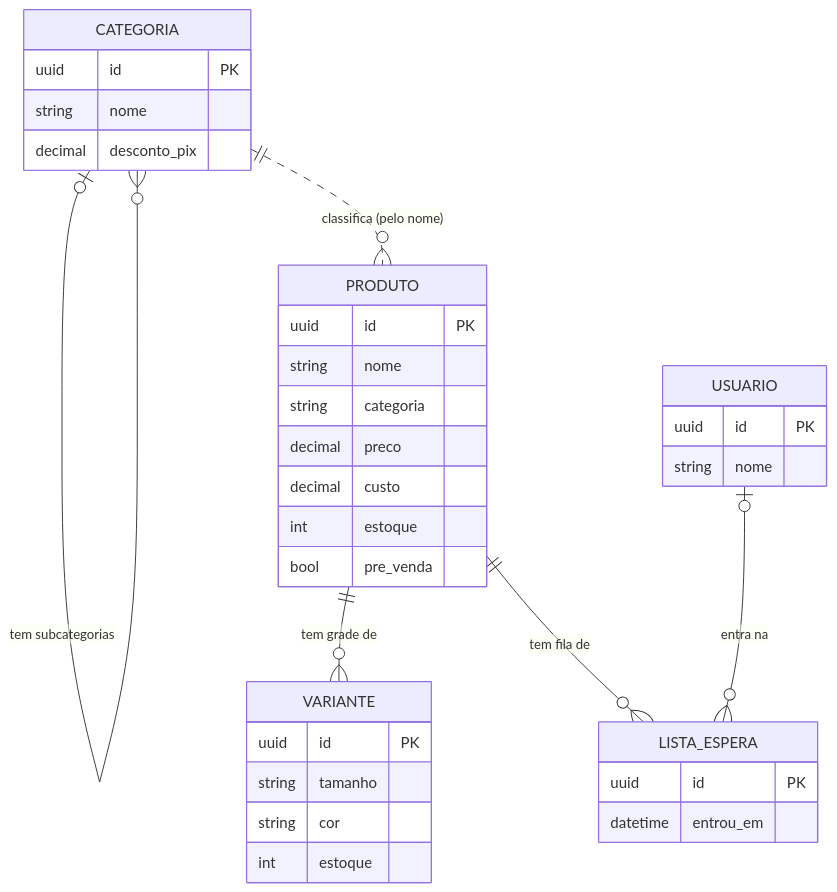
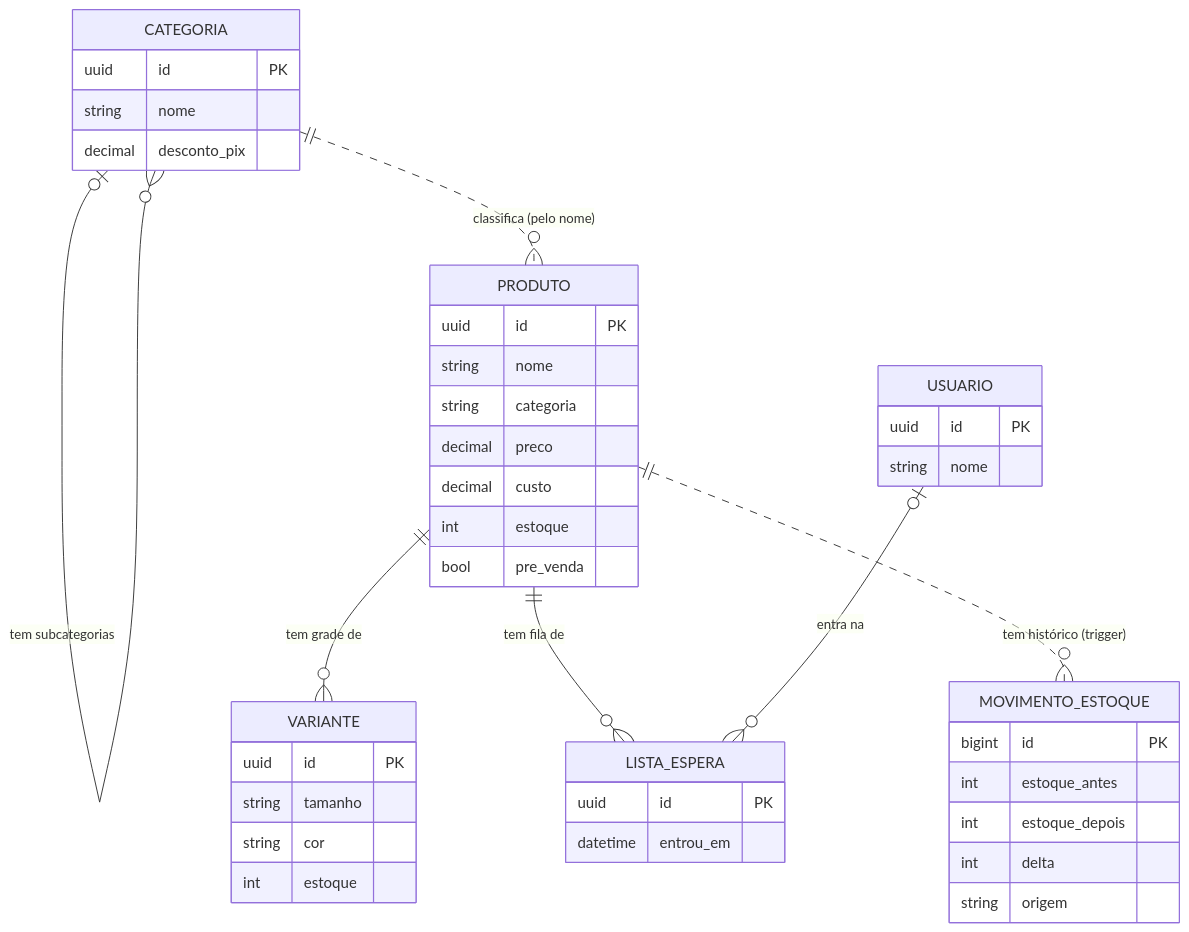
Before and after one commit to Taino-Edu/softNerd: the diagram in docs/pim/banco/mmd/mer-catalogo.mmd, drawn with Mermaid. The commit also changed 29 other files, not shown here.

```diff
--- a/docs/pim/banco/mmd/mer-catalogo.mmd
+++ b/docs/pim/banco/mmd/mer-catalogo.mmd
@@ -1,34 +1,42 @@
 erDiagram
   CATEGORIA |o--o{ CATEGORIA : "tem subcategorias"
   CATEGORIA ||..o{ PRODUTO : "classifica (pelo nome)"
   PRODUTO ||--o{ VARIANTE : "tem grade de"
   PRODUTO ||--o{ LISTA_ESPERA : "tem fila de"
+  PRODUTO ||..o{ MOVIMENTO_ESTOQUE : "tem histórico (trigger)"
   USUARIO |o--o{ LISTA_ESPERA : "entra na"
   CATEGORIA {
     uuid id PK
     string nome
     decimal desconto_pix
+  }
+  MOVIMENTO_ESTOQUE {
+    bigint id PK
+    int estoque_antes
+    int estoque_depois
+    int delta
+    string origem
   }
   PRODUTO {
     uuid id PK
     string nome
     string categoria
     decimal preco
     decimal custo
     int estoque
     bool pre_venda
   }
   VARIANTE {
     uuid id PK
     string tamanho
     string cor
     int estoque
   }
   LISTA_ESPERA {
     uuid id PK
     datetime entrou_em
   }
   USUARIO {
     uuid id PK
     string nome
   }
```
